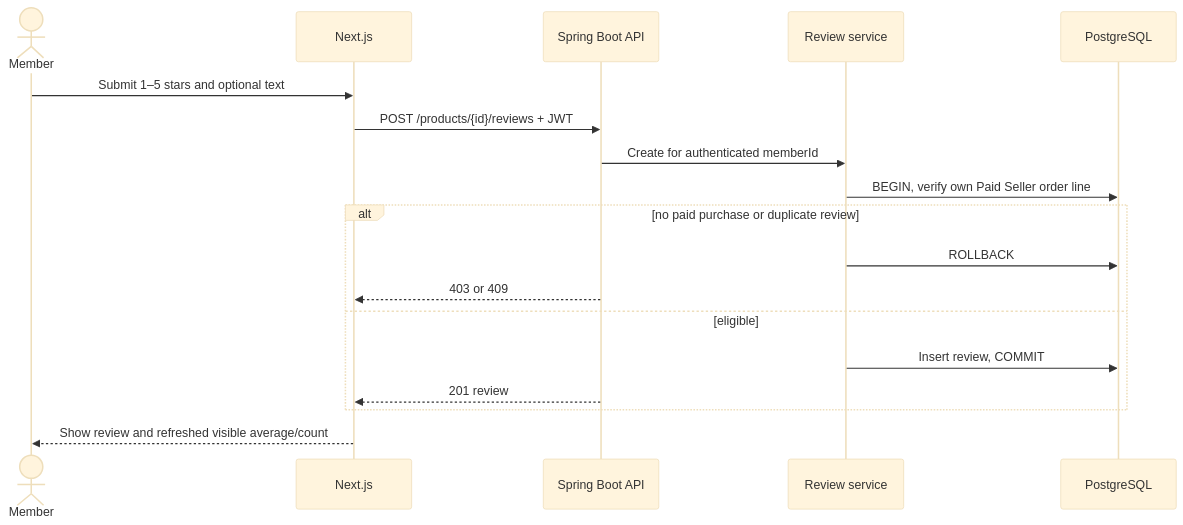
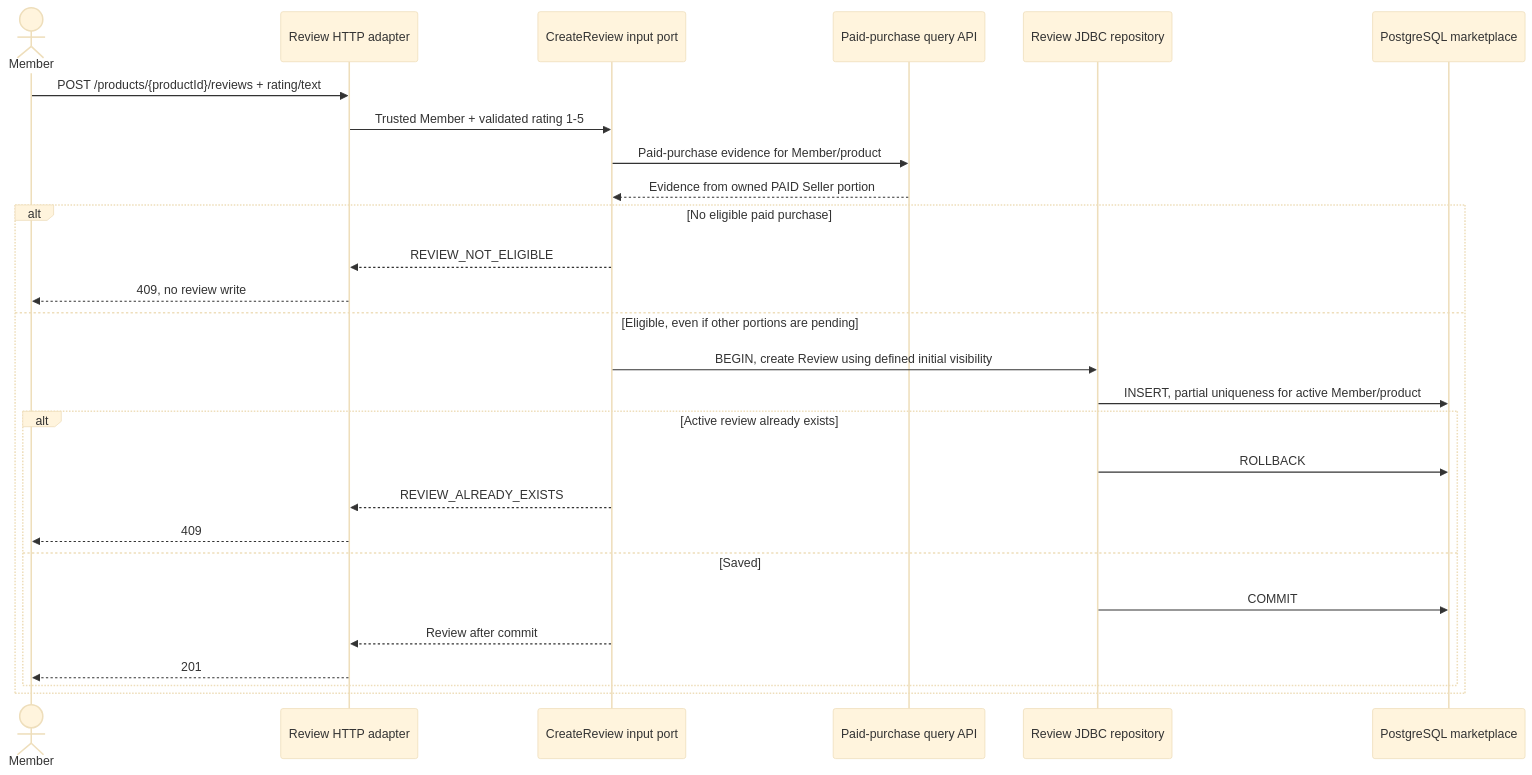
Before and after one commit to phuchoang-ecommerce-org/docs-minimal: the first of 2 diagrams in SolutionArchitecture/backend/sequences/rating-review.md, drawn with Mermaid (base theme). The commit also changed other lines of this file and 47 other files, not shown here.

````diff
--- a/SolutionArchitecture/backend/sequences/rating-review.md
+++ b/SolutionArchitecture/backend/sequences/rating-review.md
@@ -3,20 +9,29 @@
 ```mermaid
 sequenceDiagram
   actor Member
-  participant Web as Next.js
-  participant API as Spring Boot API
-  participant Review as Review service
-  participant DB as PostgreSQL
-  Member->>Web: Submit 1–5 stars and optional text
-  Web->>API: POST /products/{id}/reviews + JWT
-  API->>Review: Create for authenticated memberId
-  Review->>DB: BEGIN, verify own Paid Seller order line
-  alt no paid purchase or duplicate review
-    Review->>DB: ROLLBACK
-    API-->>Web: 403 or 409
-  else eligible
-    Review->>DB: Insert review, COMMIT
-    API-->>Web: 201 review
+  participant Web as Review HTTP adapter
+  participant Handler as CreateReview input port
+  participant Ordering as Paid-purchase query API
+  participant Data as Review JDBC repository
+  participant DB as PostgreSQL marketplace
+  Member->>Web: POST /products/{productId}/reviews + rating/text
+  Web->>Handler: Trusted Member + validated rating 1-5
+  Handler->>Ordering: Paid-purchase evidence for Member/product
+  Ordering-->>Handler: Evidence from owned PAID Seller portion
+  alt No eligible paid purchase
+    Handler-->>Web: REVIEW_NOT_ELIGIBLE
+    Web-->>Member: 409, no review write
+  else Eligible, even if other portions are pending
+    Handler->>Data: BEGIN, create Review using defined initial visibility
+    Data->>DB: INSERT, partial uniqueness for active Member/product
+    alt Active review already exists
+      Data->>DB: ROLLBACK
+      Handler-->>Web: REVIEW_ALREADY_EXISTS
+      Web-->>Member: 409
+    else Saved
+      Data->>DB: COMMIT
+      Handler-->>Web: Review after commit
+      Web-->>Member: 201
+    end
   end
-  Web-->>Member: Show review and refreshed visible average/count
 ```
````
